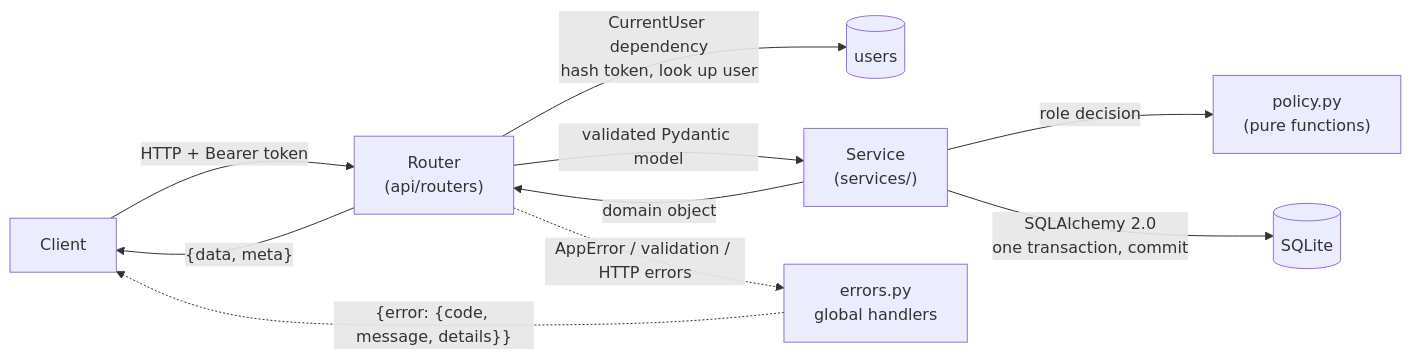
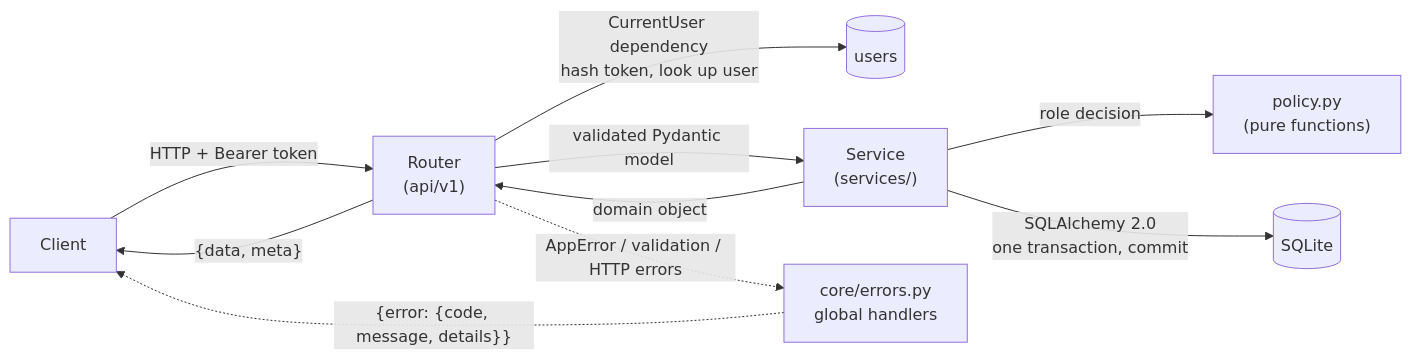
The first of 4 diagrams in README.md (joseph-leon13/team-notes-api), drawn with Mermaid before and after one commit. The commit also changed other lines of this file, not shown here.

````diff
--- a/README.md
+++ b/README.md
@@ -204,12 +214,12 @@
 ```mermaid
 flowchart LR
-    C[Client] -->|"HTTP + Bearer token"| R["Router<br/>(api/routers)"]
+    C[Client] -->|"HTTP + Bearer token"| R["Router<br/>(api/v1)"]
     R -->|"CurrentUser dependency<br/>hash token, look up user"| A[(users)]
     R -->|validated Pydantic model| S["Service<br/>(services/)"]
     S -->|"role decision"| P["policy.py<br/>(pure functions)"]
     S -->|"SQLAlchemy 2.0<br/>one transaction, commit"| DB[(SQLite)]
     S -->|domain object| R
     R -->|"{data, meta}"| C
-    R -.->|"AppError / validation / HTTP errors"| E["errors.py<br/>global handlers"]
+    R -.->|"AppError / validation / HTTP errors"| E["core/errors.py<br/>global handlers"]
     E -.->|"{error: {code, message, details}}"| C
 ```
````
